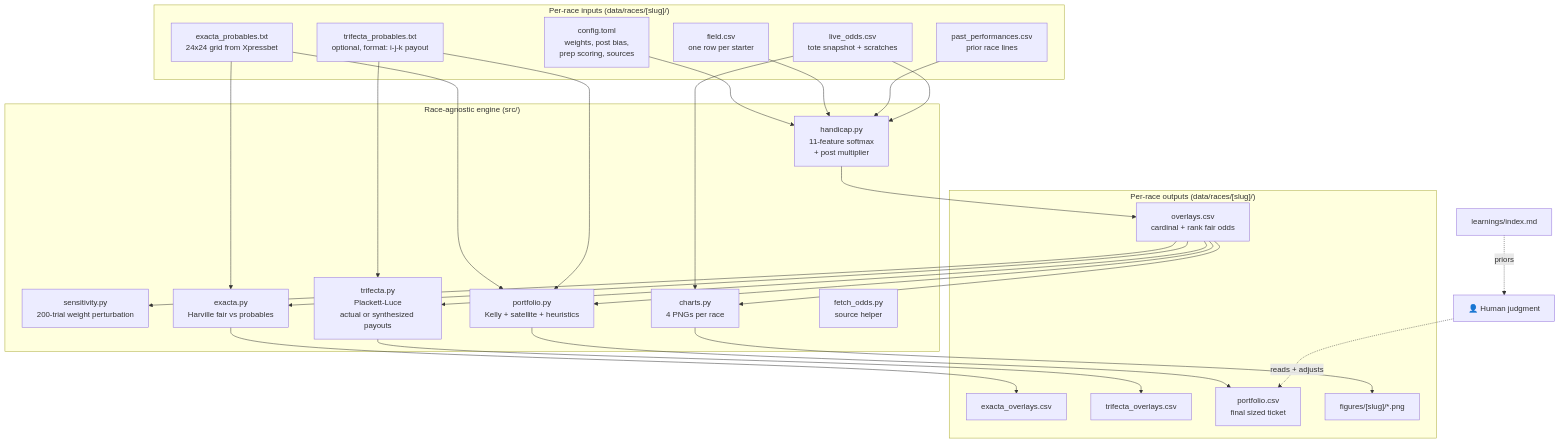
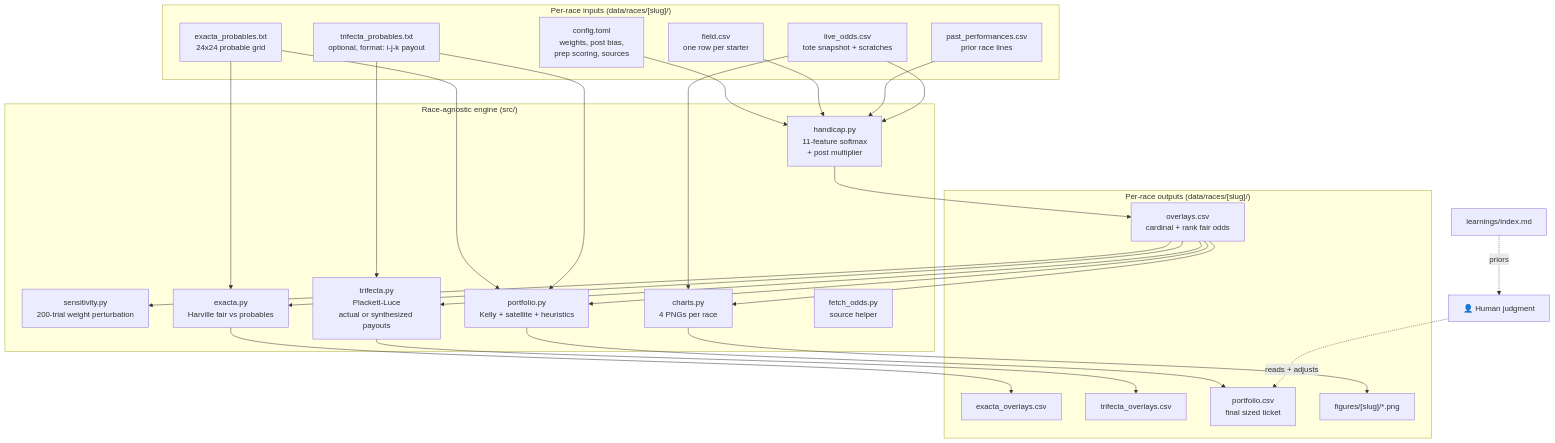
The first of 3 diagrams in docs/ARCHITECTURE.md (nigelglenday/horse-math), drawn with Mermaid before and after one commit. The commit also changed other lines of this file and 3 other files, not shown here.

````diff
--- a/docs/ARCHITECTURE.md
+++ b/docs/ARCHITECTURE.md
@@ -7,55 +7,55 @@
 ```mermaid
 flowchart TD
     subgraph Inputs["Per-race inputs (data/races/[slug]/)"]
         CFG[config.toml<br/>weights, post bias,<br/>prep scoring, sources]
         FIELD[field.csv<br/>one row per starter]
         PP[past_performances.csv<br/>prior race lines]
         LIVE[live_odds.csv<br/>tote snapshot + scratches]
-        EXAP[exacta_probables.txt<br/>24x24 grid from Xpressbet]
+        EXAP[exacta_probables.txt<br/>24x24 probable grid]
         TRIP[trifecta_probables.txt<br/>optional, format: i-j-k payout]
     end
 
     subgraph Engine["Race-agnostic engine (src/)"]
         H[handicap.py<br/>11-feature softmax<br/>+ post multiplier]
         S[sensitivity.py<br/>200-trial weight perturbation]
         EX[exacta.py<br/>Harville fair vs probables]
         TR[trifecta.py<br/>Plackett-Luce<br/>actual or synthesized payouts]
         P[portfolio.py<br/>Kelly + satellite + heuristics]
         CH[charts.py<br/>4 PNGs per race]
         FO[fetch_odds.py<br/>source helper]
     end
 
     subgraph Outputs["Per-race outputs (data/races/[slug]/)"]
         OV[overlays.csv<br/>cardinal + rank fair odds]
         EXO[exacta_overlays.csv]
         TRO[trifecta_overlays.csv]
         PO[portfolio.csv<br/>final sized ticket]
         FIG["figures/[slug]/*.png"]
     end
 
     CFG --> H
     FIELD --> H
     PP --> H
     LIVE --> H
 
     H --> OV
     OV --> S
     OV --> EX
     OV --> TR
     OV --> P
     OV --> CH
 
     EXAP --> EX
     EXAP --> P
     TRIP --> TR
     TRIP --> P
     LIVE --> CH
 
     EX --> EXO
     TR --> TRO
     P --> PO
     CH --> FIG
 
     Human[👤 Human judgment] -.->|reads + adjusts| PO
     Wisdom[learnings/index.md] -.->|priors| Human
 ```
````
